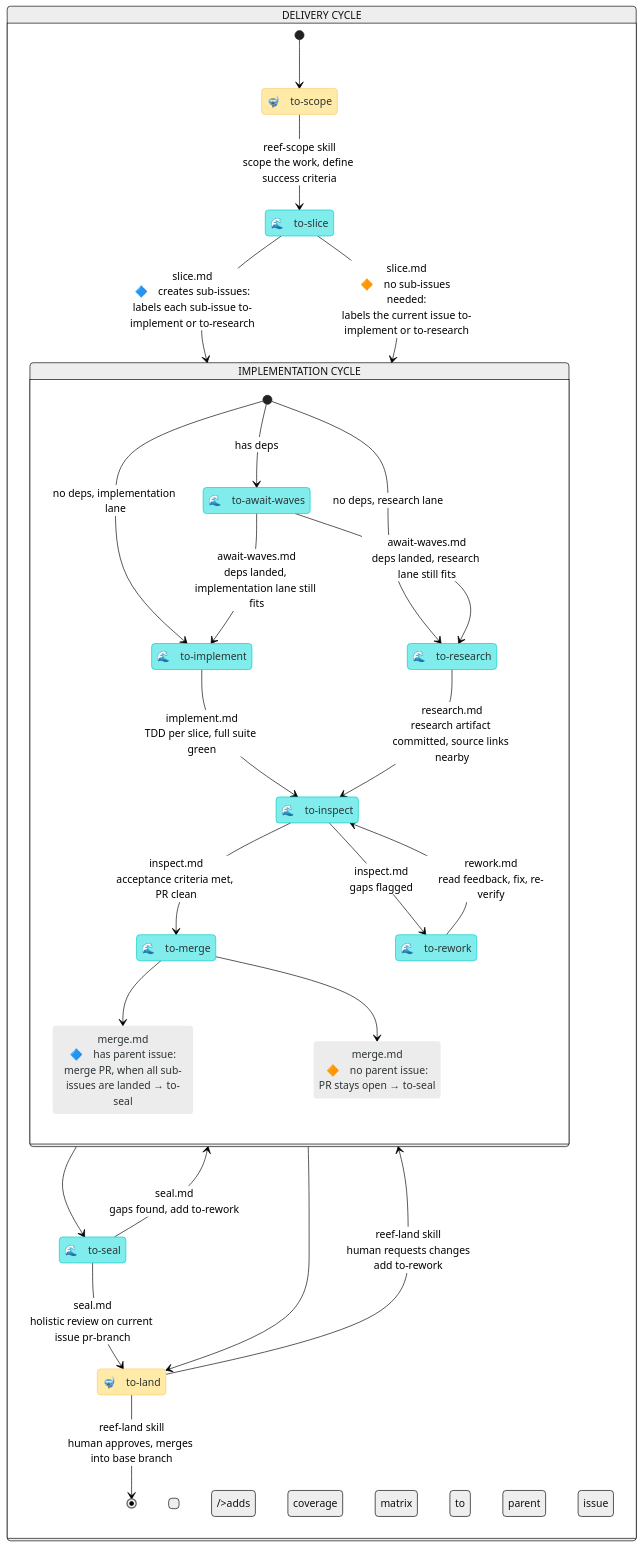
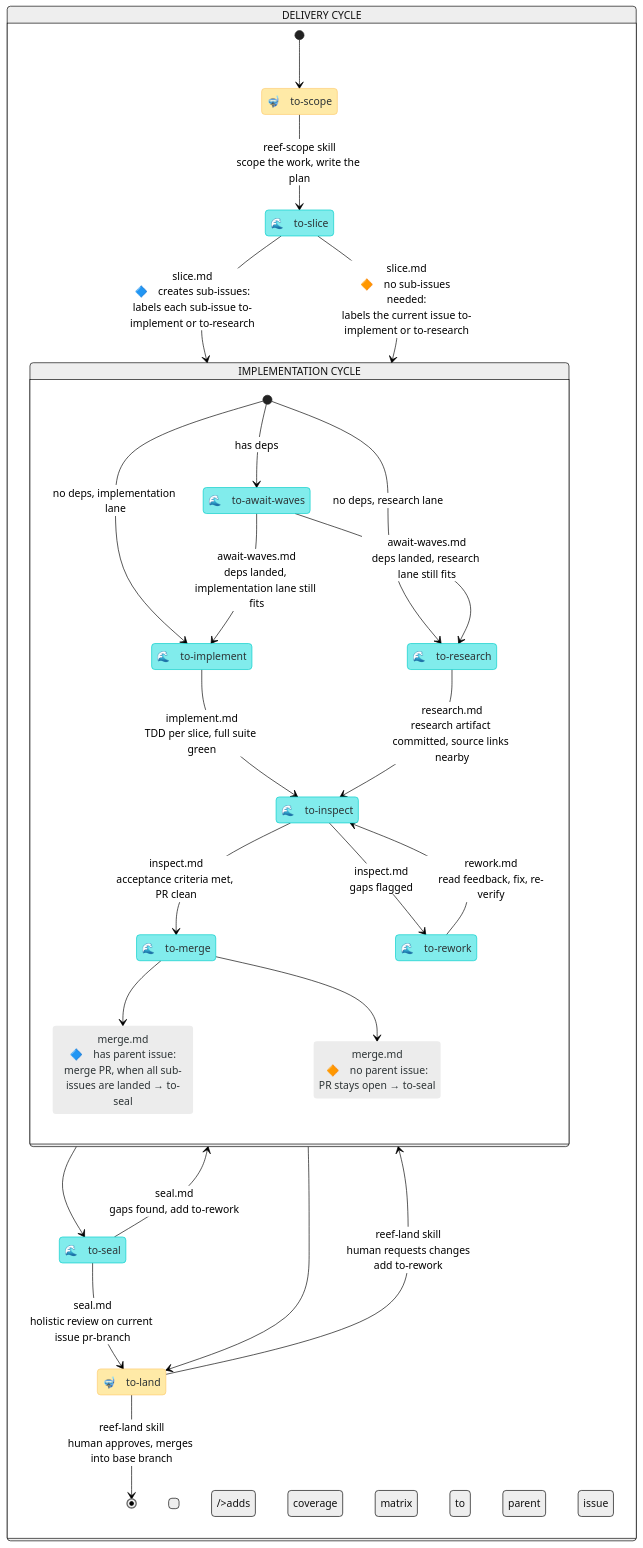
The diagram in README.md (mesqueeb/moonjelly-reef), drawn with Mermaid (neutral theme) before and after one commit. The commit also changed other lines of this file and 11 other files, not shown here.

````diff
--- a/README.md
+++ b/README.md
@@ -30,56 +30,56 @@
 ```mermaid
 stateDiagram-v2
     direction TB
 
     classDef human fill:#ffeaa7,stroke:#fdcb6e,color:#2d3436
     classDef agent fill:#81ecec,stroke:#00cec9,color:#2d3436
     classDef arrow fill:#ececec,stroke:#ffffff00,color:#2d3436
 
     state "DELIVERY CYCLE" as work {
 
         state "🤿　to-scope" as to_scope
         state "🌊　to-slice" as to_slice
         state "🌊　to-seal" as to_seal
         state "🤿　to-land" as to_land
 
         [*] --> to_scope
-        to_scope --> to_slice : reef-scope skill<br />scope the work, define success criteria
+        to_scope --> to_slice : reef-scope skill<br />scope the work, write the plan
         to_slice --> slice_lifecycle : slice.md<br />🔷　creates sub-issues:<br />labels each sub-issue to-implement or to-research
 <br />adds coverage matrix to parent issue
         to_slice --> slice_lifecycle : slice.md<br />🔶　no sub-issues needed:<br />labels the current issue to-implement or to-research
         slice_lifecycle --> to_seal
         slice_lifecycle --> to_land
         to_seal --> to_land : seal.md<br />holistic review on current issue pr-branch
         to_seal --> slice_lifecycle : seal.md<br />gaps found, add to-rework
         to_land --> [*] : reef-land skill<br />human approves, merges into base branch
         to_land --> slice_lifecycle : reef-land skill<br />human requests changes<br />add to-rework
     }
 
     state "IMPLEMENTATION CYCLE" as slice_lifecycle {
 
         state "🌊　to-await-waves" as to_await
         state "🌊　to-implement" as to_implement
         state "🌊　to-research" as to_research
         state "🌊　to-inspect" as to_inspect
         state "🌊　to-rework" as to_rework
         state "🌊　to-merge" as to_merge
         state "merge.md<br />🔷　has parent issue:<br />merge PR, when all sub-issues are landed → to-seal" as merge_multi
         state "merge.md<br />🔶　no parent issue:<br />PR stays open → to-seal" as merge_single
         [*] --> to_implement : no deps, implementation lane
         [*] --> to_research : no deps, research lane
         [*] --> to_await : has deps
         to_await --> to_implement : await-waves.md<br />deps landed, implementation lane still fits
         to_await --> to_research : await-waves.md<br />deps landed, research lane still fits
         to_implement --> to_inspect : implement.md<br />TDD per slice, full suite green
         to_research --> to_inspect : research.md<br />research artifact committed, source links nearby
         to_inspect --> to_merge : inspect.md<br />acceptance criteria met, PR clean
         to_inspect --> to_rework : inspect.md<br />gaps flagged
         to_rework --> to_inspect : rework.md<br />read feedback, fix, re-verify
         to_merge --> merge_multi
         to_merge --> merge_single
     }
 
     class to_scope,to_land human
     class to_slice,to_seal,plan_rework,to_await,to_implement,to_research,to_inspect,to_rework,to_merge agent
     class merge_multi,merge_single arrow
 ```
````
